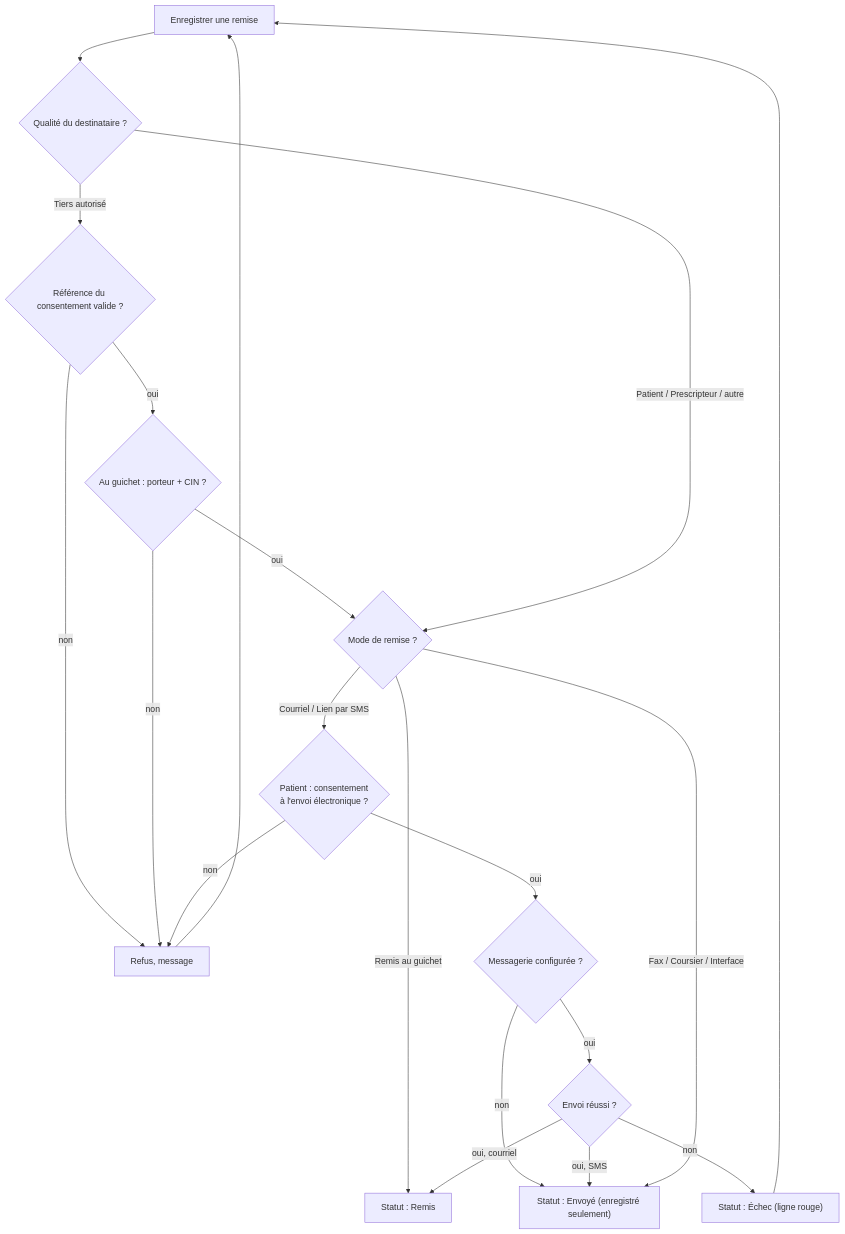
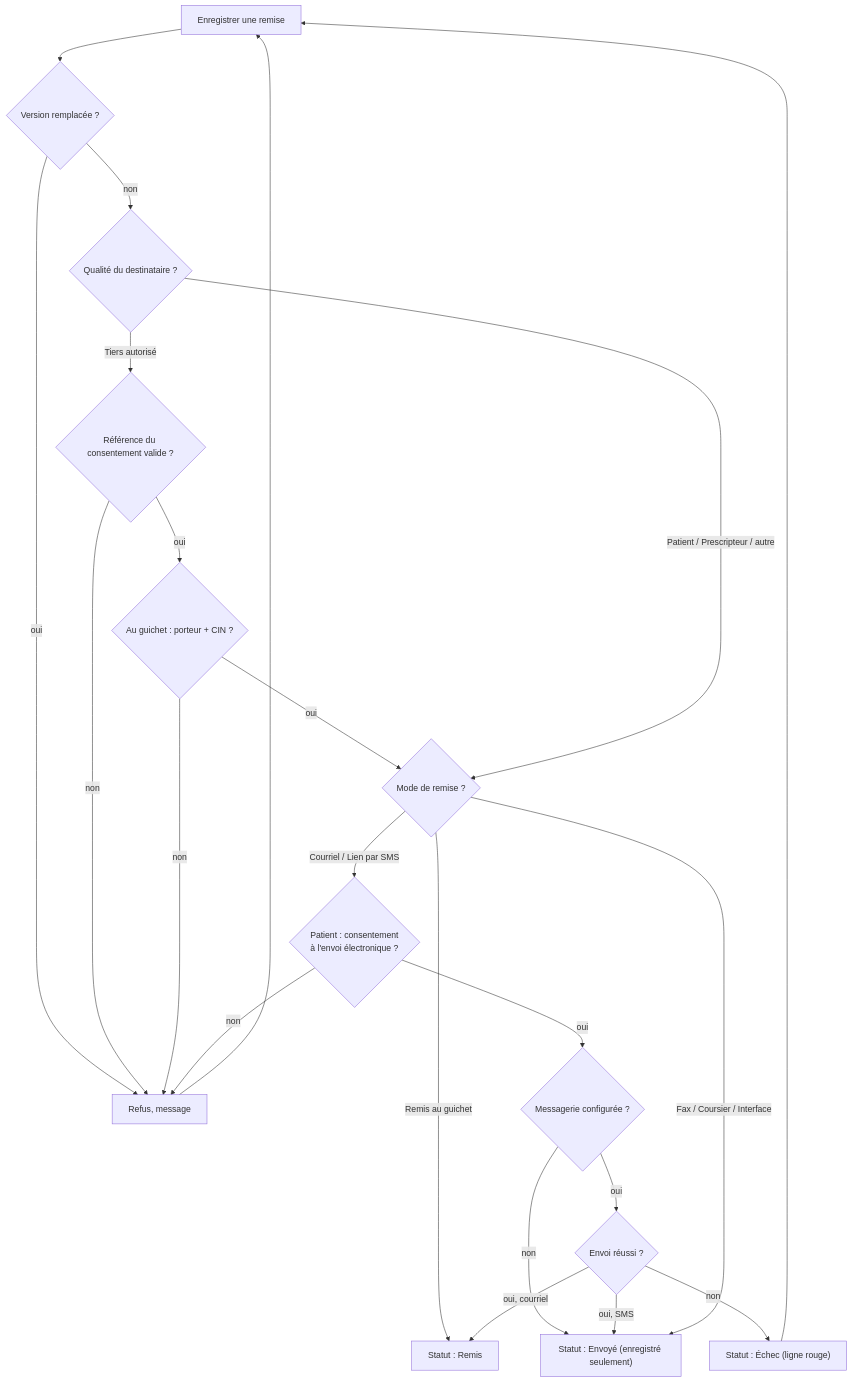
The tenth of 10 diagrams in docs/manuel/03-analytique-comptes-rendus.md (J4dJad/MarocLis), drawn with Mermaid before and after one commit. The commit also changed other lines of this file and 3 other files, not shown here.

````diff
--- a/docs/manuel/03-analytique-comptes-rendus.md
+++ b/docs/manuel/03-analytique-comptes-rendus.md
@@ -513,21 +663,23 @@
 ```mermaid
 flowchart TD
-    A["Enregistrer une remise"] --> B{"Qualité du destinataire ?"}
+    A["Enregistrer une remise"] --> A1{"Version remplacée ?"}
+    A1 -- "oui" --> X
+    A1 -- "non" --> B{"Qualité du destinataire ?"}
     B -- "Tiers autorisé" --> B1{"Référence du consentement valide ?"}
     B1 -- "non" --> X["Refus, message"]
     B1 -- "oui" --> B2{"Au guichet : porteur + CIN ?"}
     B2 -- "non" --> X
     B2 -- "oui" --> C
     B -- "Patient / Prescripteur / autre" --> C{"Mode de remise ?"}
     C -- "Remis au guichet" --> R["Statut : Remis"]
     C -- "Courriel / Lien par SMS" --> E{"Patient : consentement<br/>à l'envoi électronique ?"}
     E -- "non" --> X
     E -- "oui" --> F{"Messagerie configurée ?"}
     F -- "non" --> S["Statut : Envoyé (enregistré seulement)"]
     F -- "oui" --> G{"Envoi réussi ?"}
     G -- "non" --> GF["Statut : Échec (ligne rouge)"] --> A
     G -- "oui, courriel" --> R
     G -- "oui, SMS" --> S
     C -- "Fax / Coursier / Interface" --> S
     X --> A
 ```
````
